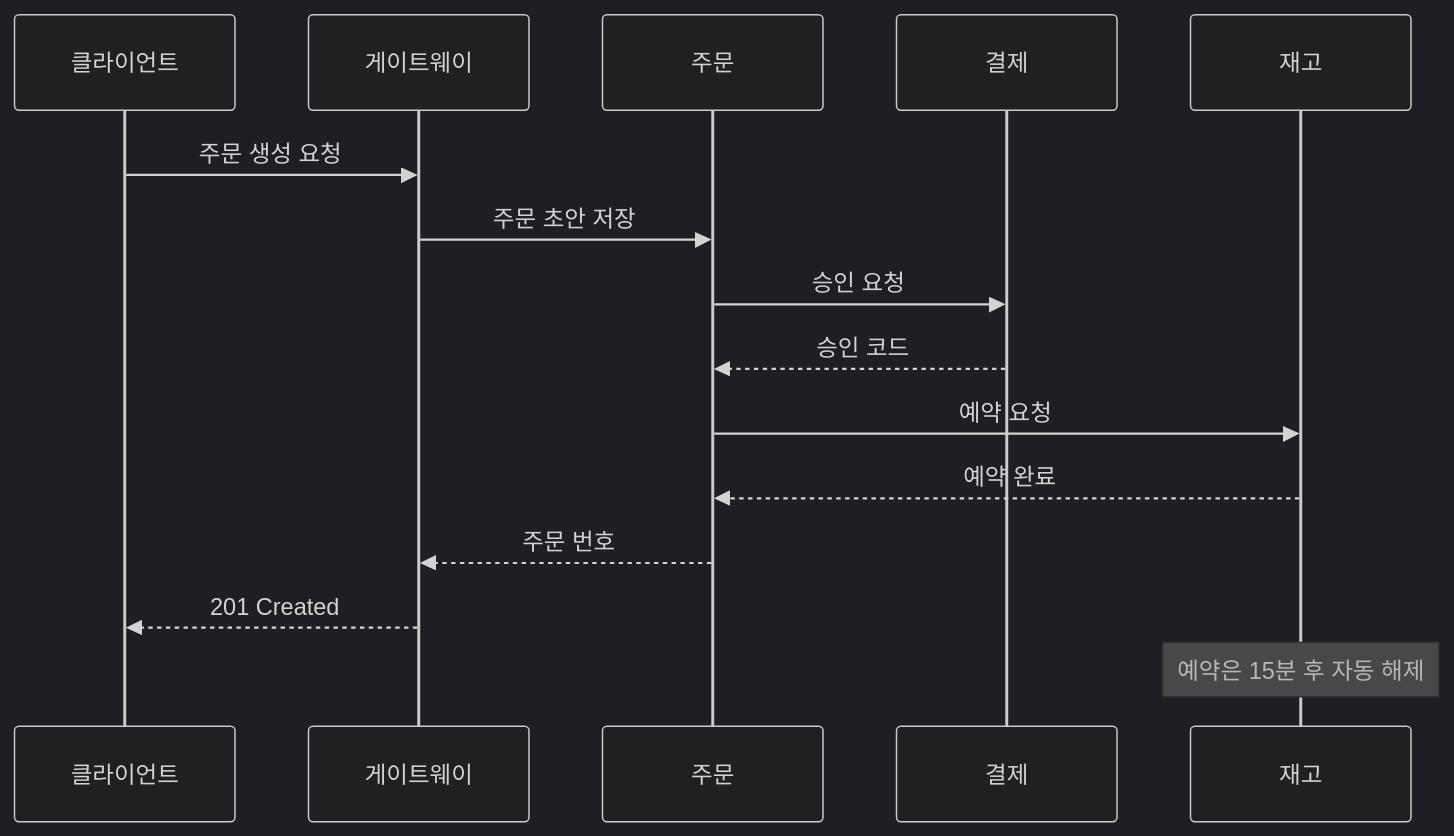
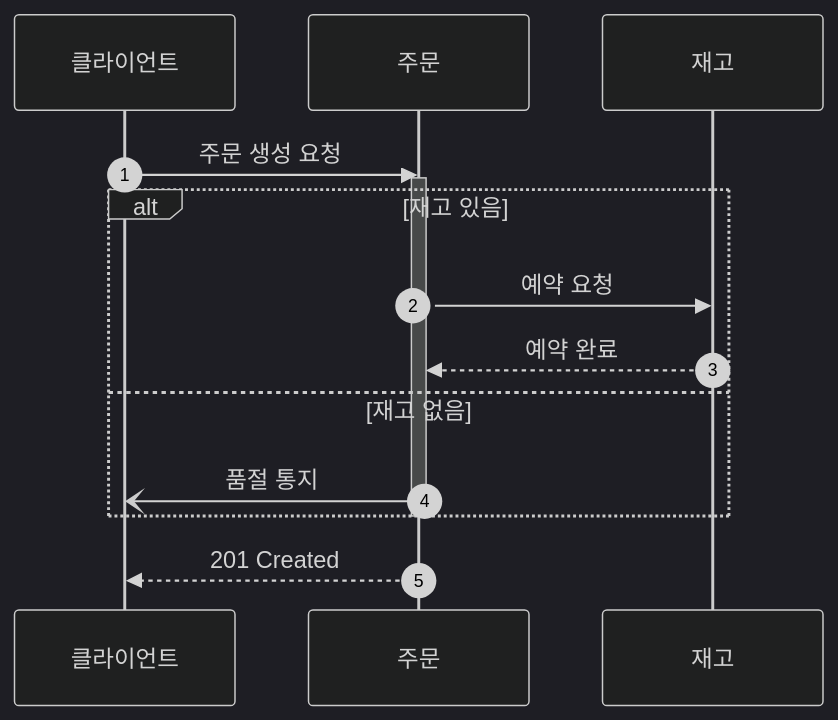
Before and after one commit to 1989v/msa: the second of 5 diagrams in docs/drafts/2026-09-fencesvg.md, drawn with Mermaid (dark theme). The commit also changed other lines of this file and 11 other files, not shown here.

````diff
--- a/docs/drafts/2026-09-fencesvg.md
+++ b/docs/drafts/2026-09-fencesvg.md
@@ -180,18 +194,18 @@
 ```mermaid
 %% caption: 주문 생성은 세 시스템을 왕복한다
 sequenceDiagram
+  autonumber
   participant 클라이언트
-  participant 게이트웨이
   participant 주문
-  participant 결제
   participant 재고
-  클라이언트->>게이트웨이: 주문 생성 요청
-  게이트웨이->>주문: 주문 초안 저장
-  주문->>결제: 승인 요청
-  결제-->>주문: 승인 코드
-  주문->>재고: 예약 요청
-  재고-->>주문: 예약 완료
-  주문-->>게이트웨이: 주문 번호
-  게이트웨이-->>클라이언트: 201 Created
-  Note over 재고: 예약은 15분 후 자동 해제
+  클라이언트->>주문: 주문 생성 요청
+  activate 주문
+  alt 재고 있음
+    주문->>재고: 예약 요청
+    재고-->>주문: 예약 완료
+  else 재고 없음
+    주문-)클라이언트: 품절 통지
+  end
+  deactivate 주문
+  주문-->>클라이언트: 201 Created
 ```
````
